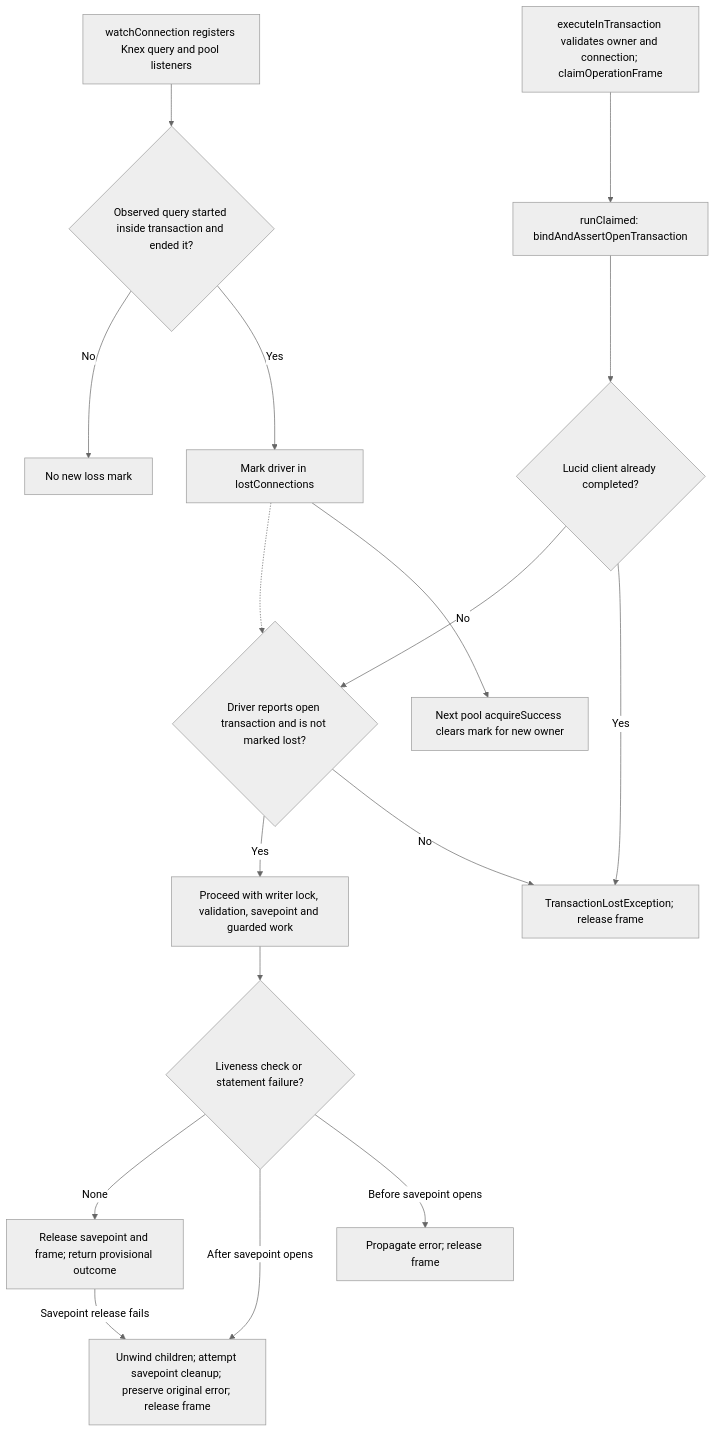
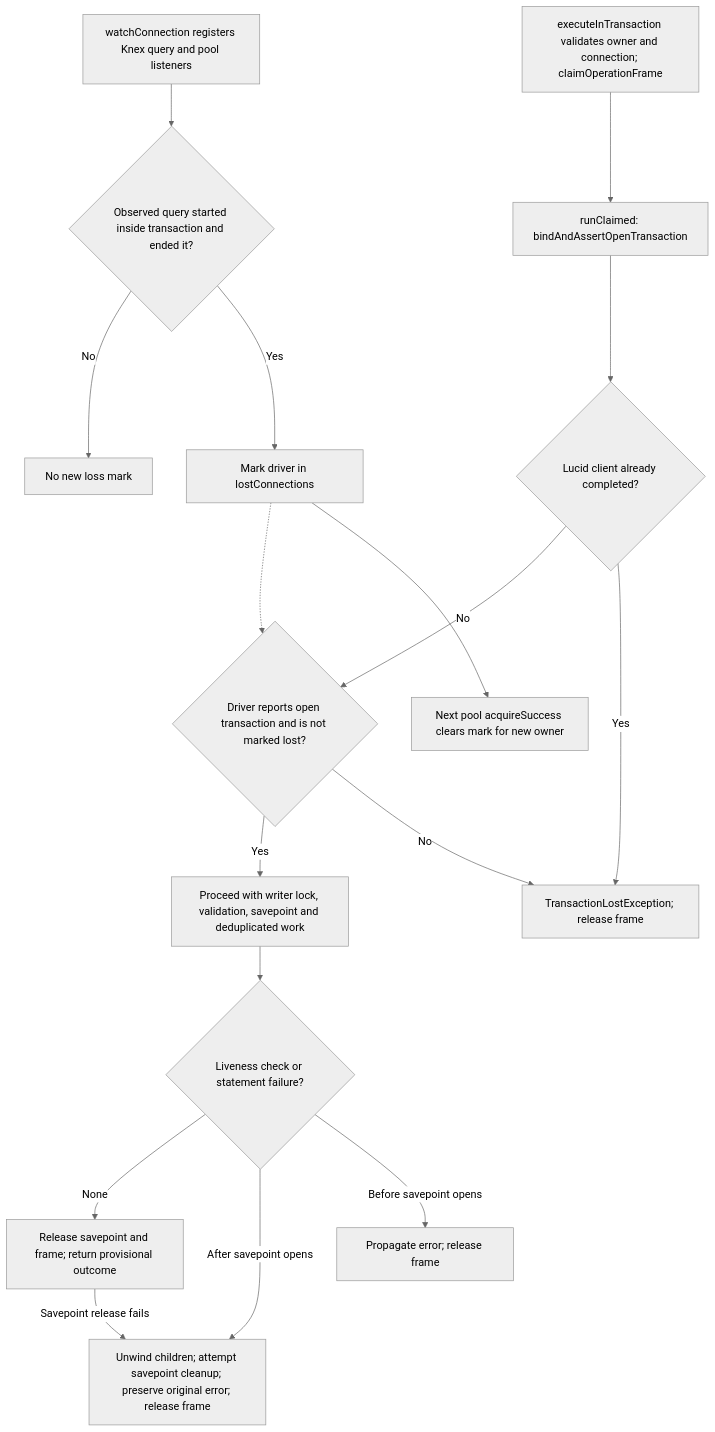
The second of 2 diagrams in user-stories/US-GUARD-06-recover-transaction.md (Kevinjohn/oss-adonisjs-duplicate-request-guard), drawn with Mermaid (neutral theme) before and after one commit. The commit also changed other lines of this file and 18 other files, not shown here.

````diff
--- a/user-stories/US-GUARD-06-recover-transaction.md
+++ b/user-stories/US-GUARD-06-recover-transaction.md
@@ -36,19 +36,19 @@
 ```mermaid
 flowchart TD
     W["watchConnection registers Knex query and pool listeners"] --> Q{"Observed query started inside transaction and ended it?"}
     Q -->|Yes| L["Mark driver in lostConnections"]
     Q -->|No| N["No new loss mark"]
     L --> R["Next pool acquireSuccess clears mark for new owner"]
     A["executeInTransaction validates owner and connection; claimOperationFrame"] --> C["runClaimed: bindAndAssertOpenTransaction"]
     C --> K{"Lucid client already completed?"}
     K -->|Yes| E["TransactionLostException; release frame"]
     K -->|No| D{"Driver reports open transaction and is not marked lost?"}
     L -.-> D
     D -->|No| E
-    D -->|Yes| F["Proceed with writer lock, validation, savepoint and guarded work"]
+    D -->|Yes| F["Proceed with writer lock, validation, savepoint and deduplicated work"]
     F --> G{"Liveness check or statement failure?"}
     G -->|Before savepoint opens| E2["Propagate error; release frame"]
     G -->|After savepoint opens| H["Unwind children; attempt savepoint cleanup; preserve original error; release frame"]
     G -->|None| I["Release savepoint and frame; return provisional outcome"]
     I -->|Savepoint release fails| H
 ```
````
